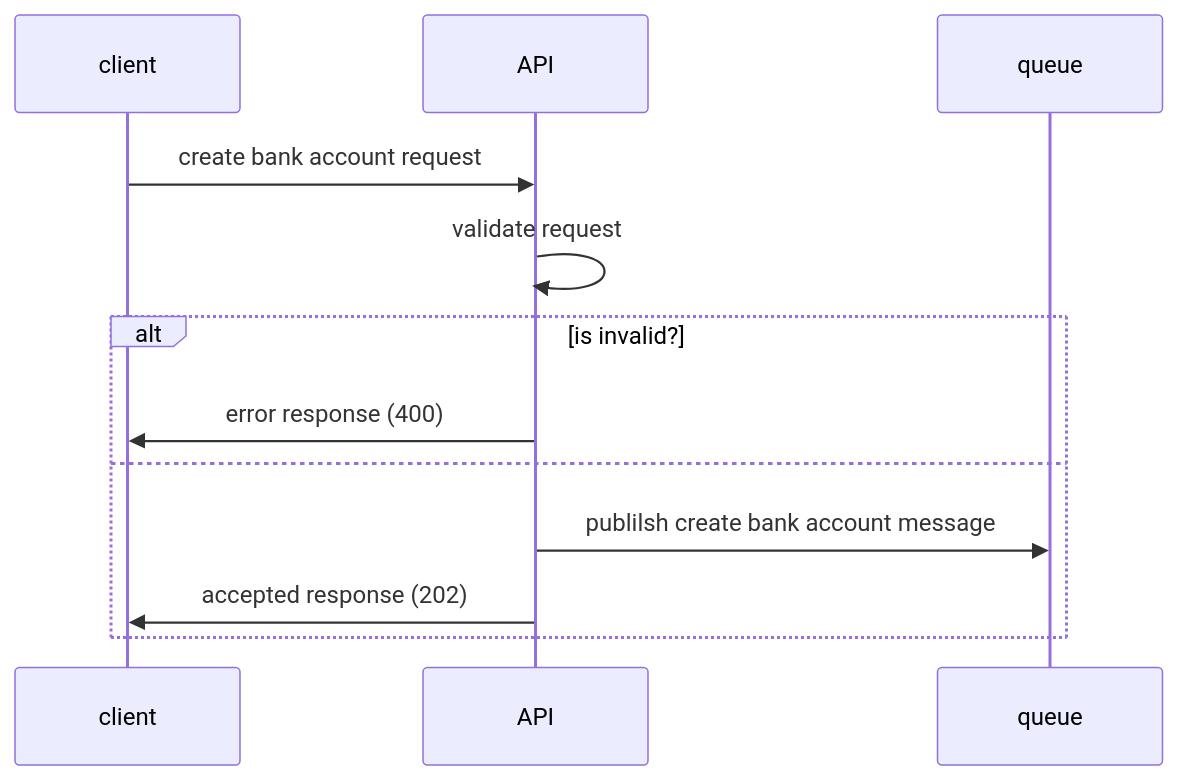
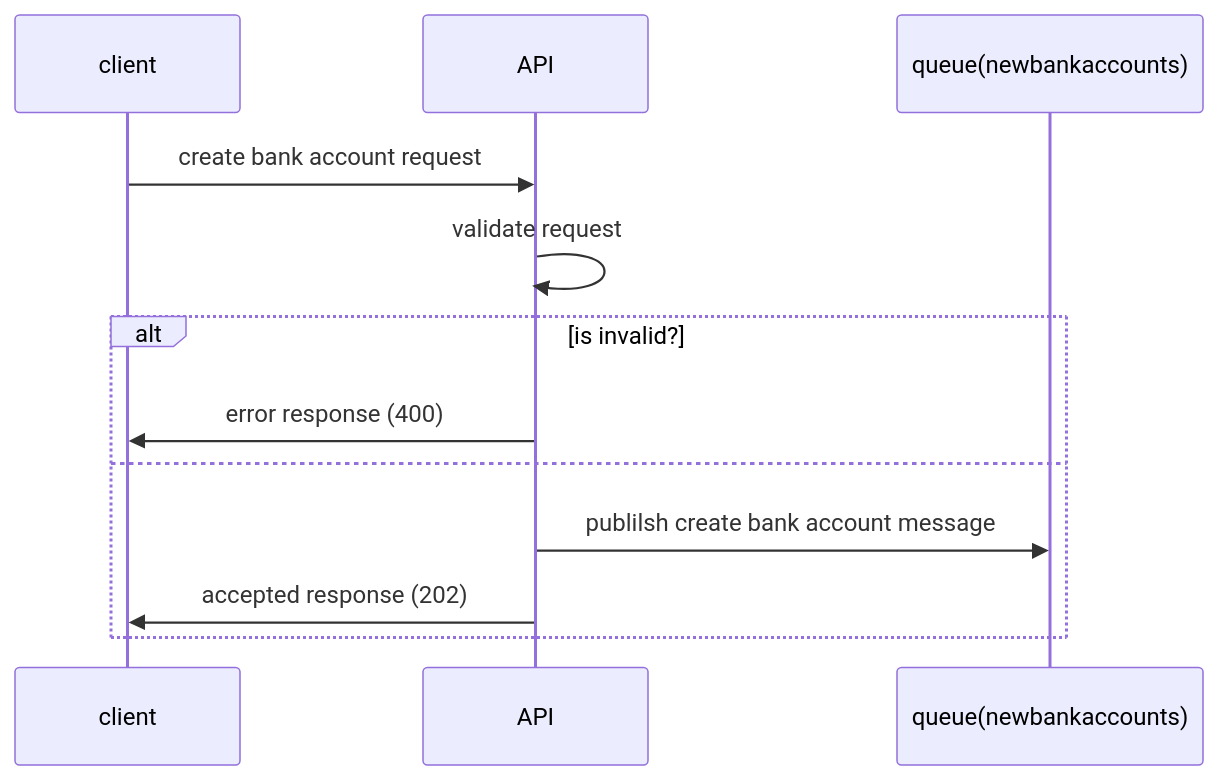
Before and after one commit to Cheranga/Demo.Bank.Accounts: the diagram in README.md, drawn with Mermaid.

Commit message:
queue name

````diff
--- a/README.md
+++ b/README.md
@@ -15,11 +15,11 @@
 ```mermaid
 sequenceDiagram
     client->>API: create bank account request
     API->>API: validate request
     alt is invalid?
         API->>client: error response (400)
     else
-        API->>queue: publilsh create bank account message
+        API->>queue(newbankaccounts): publilsh create bank account message
         API->>client: accepted response (202)
     end
 ```
````
